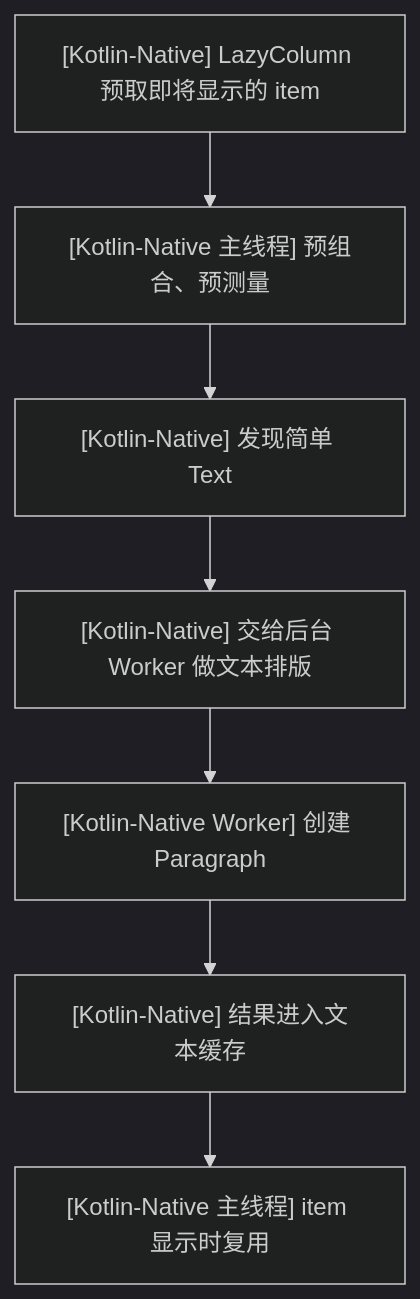
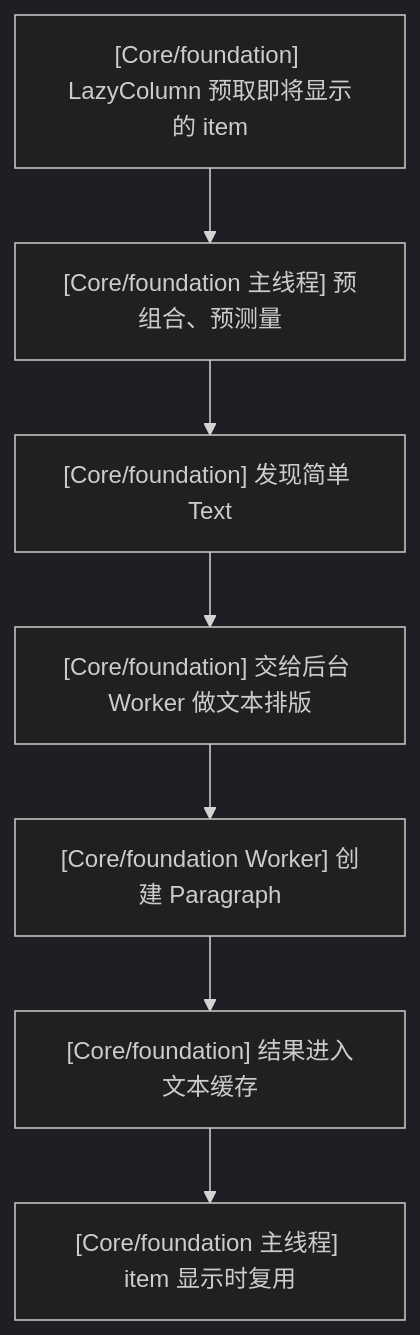
One commit to jsdegithub/CMP-DOCS changed the fourth of 10 diagrams in CMP不跟随系统字体问题-根因与修复思路.md. Above: the diagram before and after it, drawn with Mermaid (dark theme). The commit also changed other lines of this file, not shown here.

````diff
--- a/CMP不跟随系统字体问题-根因与修复思路.md
+++ b/CMP不跟随系统字体问题-根因与修复思路.md
@@ -286,9 +296,9 @@
 ```mermaid
 flowchart TD
-    A["[Kotlin-Native] LazyColumn 预取即将显示的 item"] --> B["[Kotlin-Native 主线程] 预组合、预测量"]
-    B --> C["[Kotlin-Native] 发现简单 Text"]
-    C --> D["[Kotlin-Native] 交给后台 Worker 做文本排版"]
-    D --> E["[Kotlin-Native Worker] 创建 Paragraph"]
-    E --> F["[Kotlin-Native] 结果进入文本缓存"]
-    F --> G["[Kotlin-Native 主线程] item 显示时复用"]
+    A["[Core/foundation] LazyColumn 预取即将显示的 item"] --> B["[Core/foundation 主线程] 预组合、预测量"]
+    B --> C["[Core/foundation] 发现简单 Text"]
+    C --> D["[Core/foundation] 交给后台 Worker 做文本排版"]
+    D --> E["[Core/foundation Worker] 创建 Paragraph"]
+    E --> F["[Core/foundation] 结果进入文本缓存"]
+    F --> G["[Core/foundation 主线程] item 显示时复用"]
 ```
````
